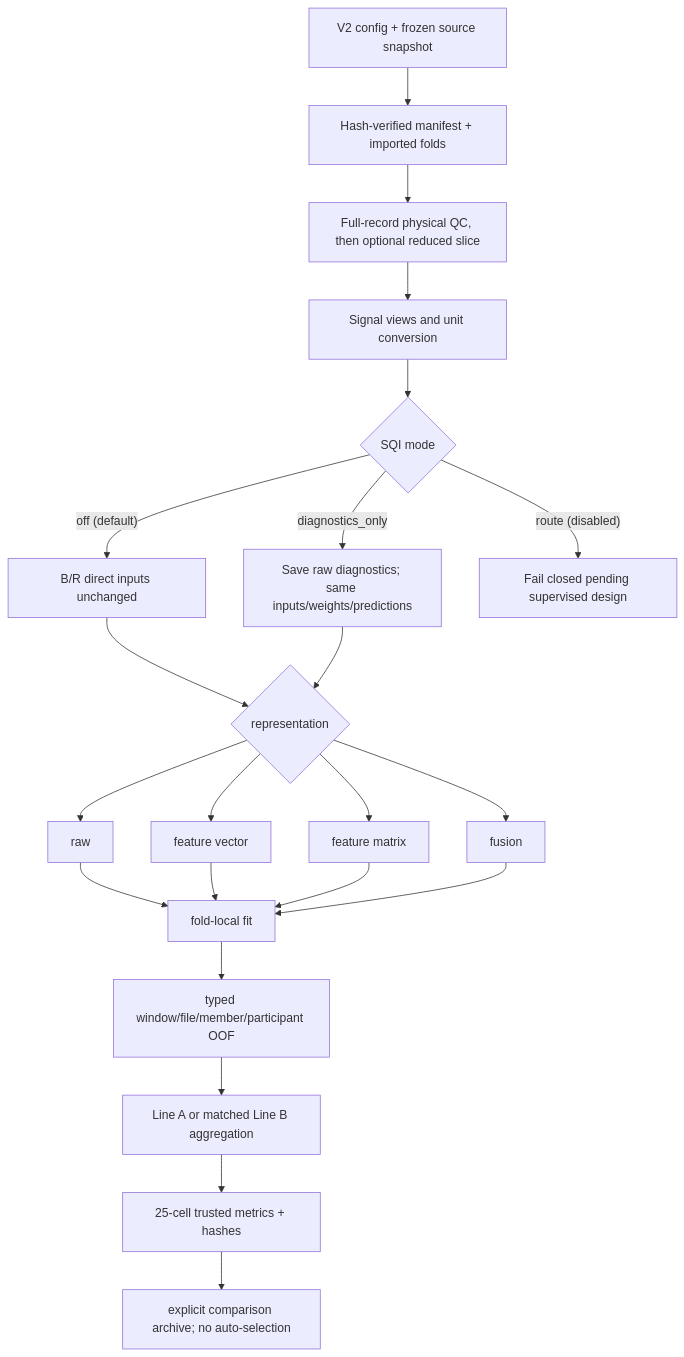
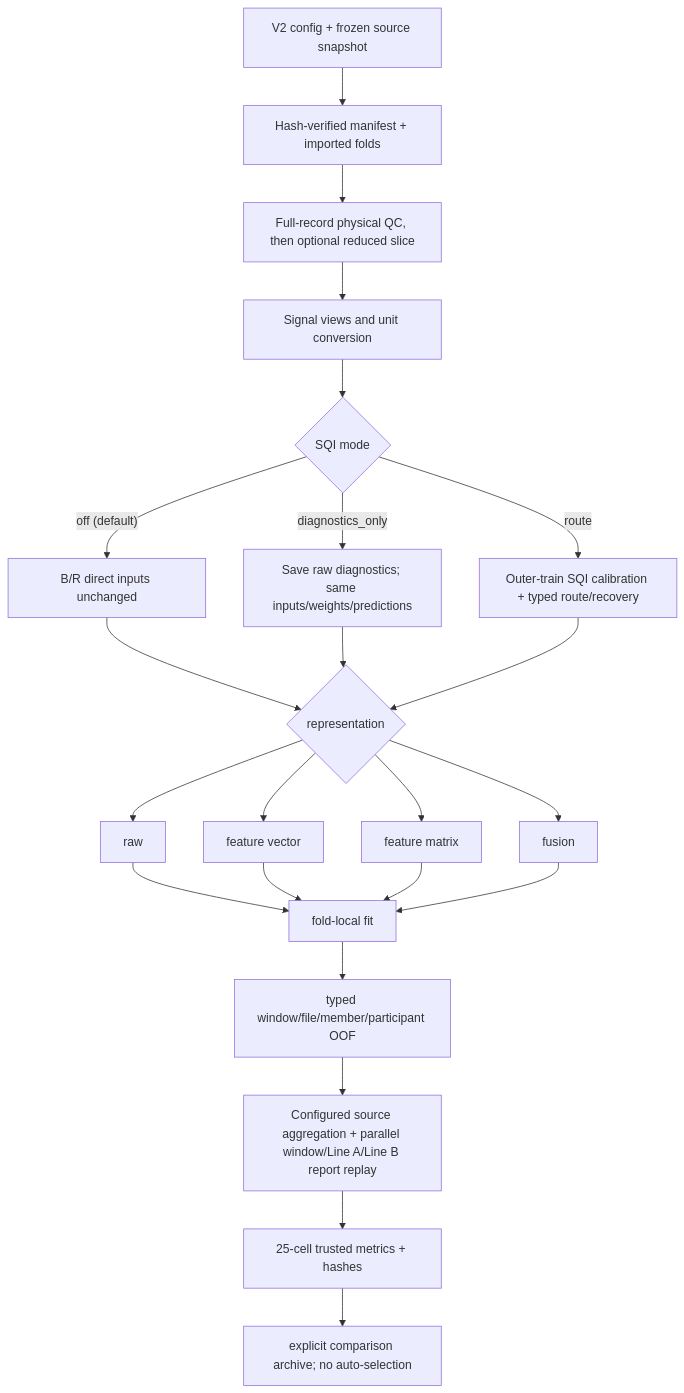
One commit to KaifengXuuu/PPG-Frailty-pipeline changed the diagram in final_v0/final_pipeline_v2/docs/algorithms/00_END_TO_END_PIPELINE.md. Above: the diagram before and after it, drawn with Mermaid. The commit also changed other lines of this file and 180 other files, not shown here.

````diff
--- a/final_v0/final_pipeline_v2/docs/algorithms/00_END_TO_END_PIPELINE.md
+++ b/final_v0/final_pipeline_v2/docs/algorithms/00_END_TO_END_PIPELINE.md
@@ -3,24 +3,25 @@
 ```mermaid
 flowchart TD
     A["V2 config + frozen source snapshot"] --> B["Hash-verified manifest + imported folds"]
     B --> C["Full-record physical QC, then optional reduced slice"]
     C --> D["Signal views and unit conversion"]
     D --> E{"SQI mode"}
     E -->|"off (default)"| F["B/R direct inputs unchanged"]
     E -->|"diagnostics_only"| G["Save raw diagnostics; same inputs/weights/predictions"]
-    E -->|"route (disabled)"| H["Fail closed pending supervised design"]
+    E -->|"route"| H["Outer-train SQI calibration + typed route/recovery"]
     F --> I{"representation"}
     G --> I
+    H --> I
     I --> J["raw"]
     I --> K["feature vector"]
     I --> L["feature matrix"]
     I --> M["fusion"]
     J --> N["fold-local fit"]
     K --> N
     L --> N
     M --> N
     N --> O["typed window/file/member/participant OOF"]
-    O --> P["Line A or matched Line B aggregation"]
+    O --> P["Configured source aggregation + parallel window/Line A/Line B report replay"]
     P --> Q["25-cell trusted metrics + hashes"]
     Q --> R["explicit comparison archive; no auto-selection"]
 ```
````
